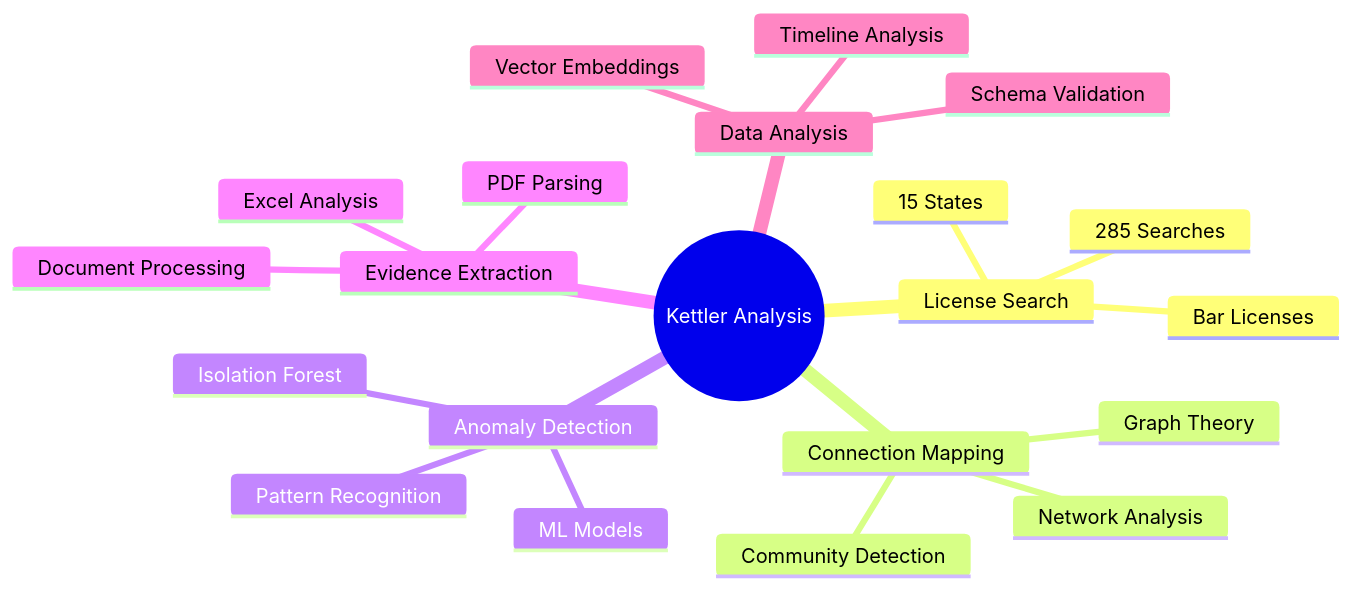
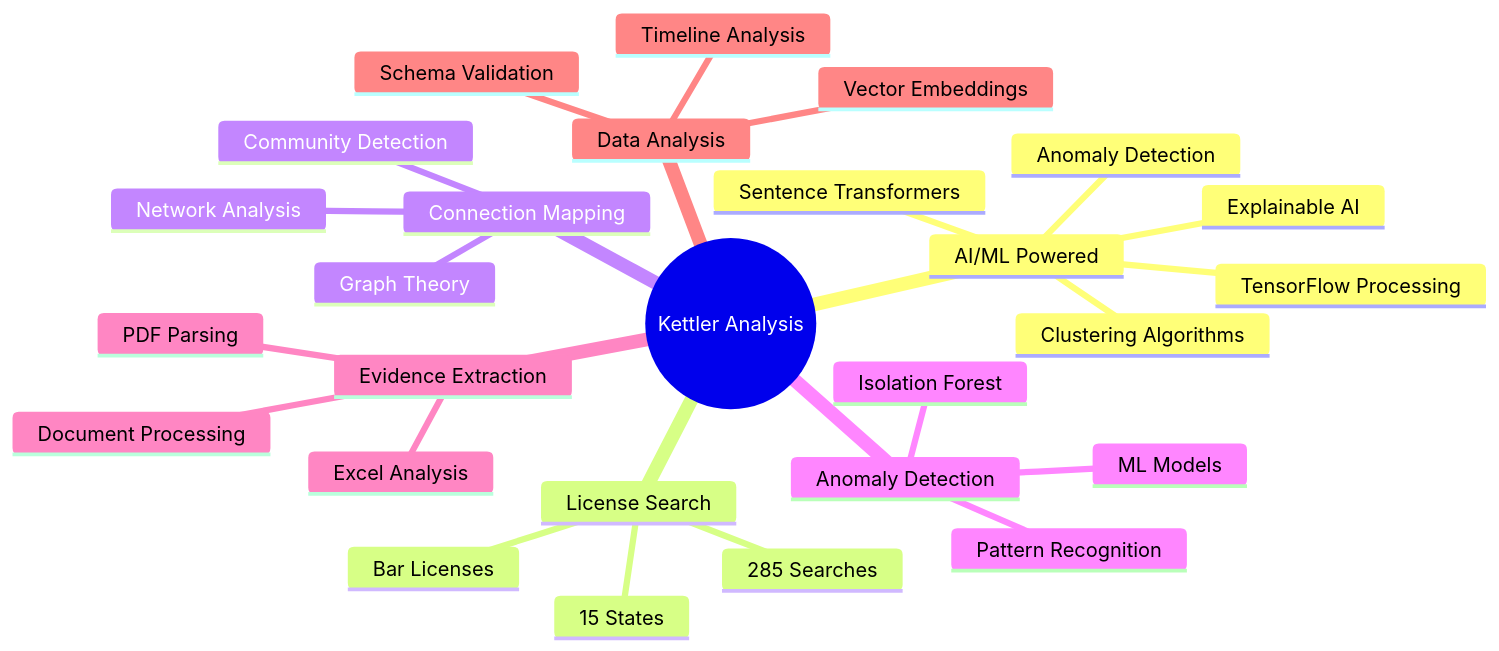
The seventh of 7 diagrams in README.md (1digitaldesign/kettler-data-analysis), drawn with Mermaid before and after one commit. The commit also changed other lines of this file, not shown here.

````diff
--- a/README.md
+++ b/README.md
@@ -346,24 +520,30 @@
 ```mermaid
 mindmap
   root((Kettler Analysis))
+    AI/ML Powered
+      Sentence Transformers
+      TensorFlow Processing
+      Clustering Algorithms
+      Anomaly Detection
+      Explainable AI
     License Search
       15 States
       285 Searches
       Bar Licenses
     Connection Mapping
       Graph Theory
       Network Analysis
       Community Detection
     Anomaly Detection
       ML Models
       Isolation Forest
       Pattern Recognition
     Evidence Extraction
       PDF Parsing
       Excel Analysis
       Document Processing
     Data Analysis
       Vector Embeddings
       Timeline Analysis
       Schema Validation
 ```
````
